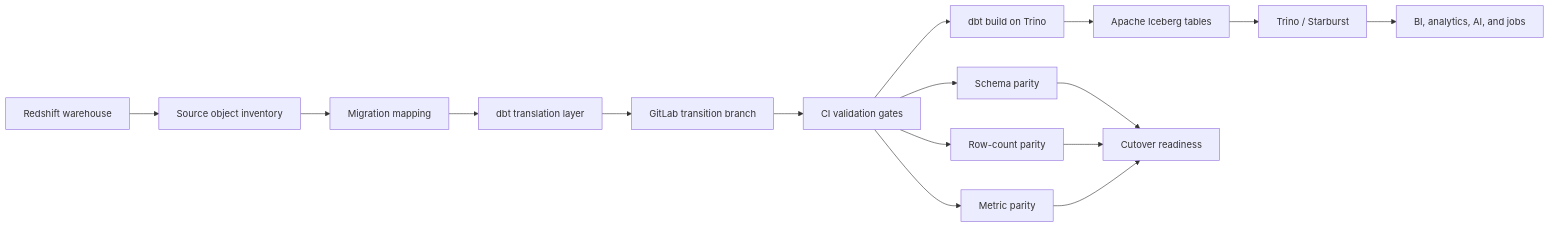
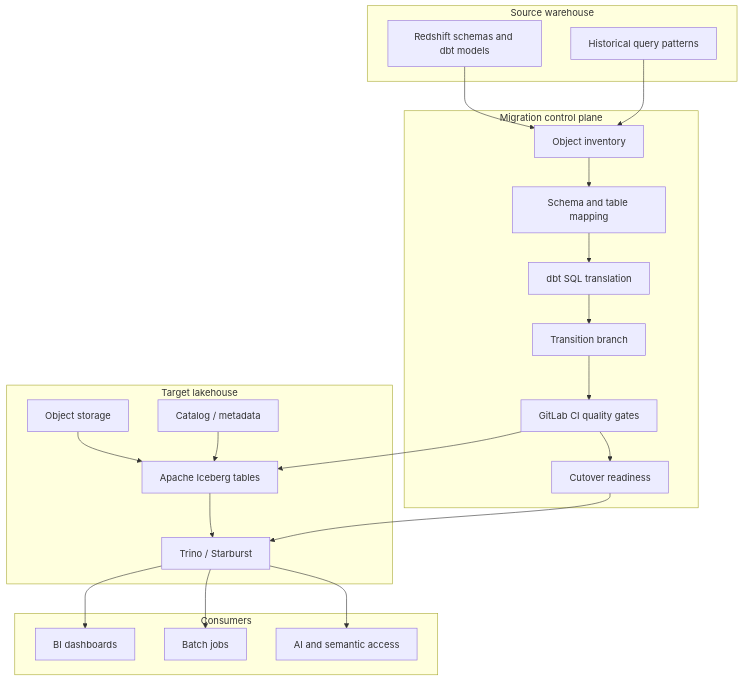
The first of 2 diagrams in README.md (dymytryo/warehouse-to-lakehouse-migration), drawn with Mermaid before and after one commit.

Commit message:
Restore root architecture diagram

````diff
--- a/README.md
+++ b/README.md
@@ -45,19 +45,45 @@
 ```mermaid
-flowchart LR
-    A[Redshift warehouse] --> B[Source object inventory]
-    B --> C[Migration mapping]
-    C --> D[dbt translation layer]
-    D --> E[GitLab transition branch]
-    E --> F[CI validation gates]
-    F --> G[dbt build on Trino]
-    G --> H[Apache Iceberg tables]
-    H --> I[Trino / Starburst]
-    I --> J[BI, analytics, AI, and jobs]
+flowchart TB
+    subgraph Source["Source warehouse"]
+        RS[Redshift schemas and dbt models]
+        RSQ[Historical query patterns]
+    end
 
-    F --> K[Schema parity]
-    F --> L[Row-count parity]
-    F --> M[Metric parity]
-    K --> N[Cutover readiness]
-    L --> N
-    M --> N
+    subgraph Migration["Migration control plane"]
+        INV[Object inventory]
+        MAP[Schema and table mapping]
+        TRANS[dbt SQL translation]
+        BRANCH[Transition branch]
+        CI[GitLab CI quality gates]
+        READY[Cutover readiness]
+    end
+
+    subgraph Lakehouse["Target lakehouse"]
+        S3[Object storage]
+        ICE[Apache Iceberg tables]
+        CAT[Catalog / metadata]
+        TRINO[Trino / Starburst]
+    end
+
+    subgraph Consumers["Consumers"]
+        BI[BI dashboards]
+        JOBS[Batch jobs]
+        AI[AI and semantic access]
+    end
+
+    RS --> INV
+    RSQ --> INV
+    INV --> MAP
+    MAP --> TRANS
+    TRANS --> BRANCH
+    BRANCH --> CI
+    CI --> ICE
+    S3 --> ICE
+    CAT --> ICE
+    ICE --> TRINO
+    TRINO --> BI
+    TRINO --> JOBS
+    TRINO --> AI
+    CI --> READY
+    READY --> TRINO
 ```
````
